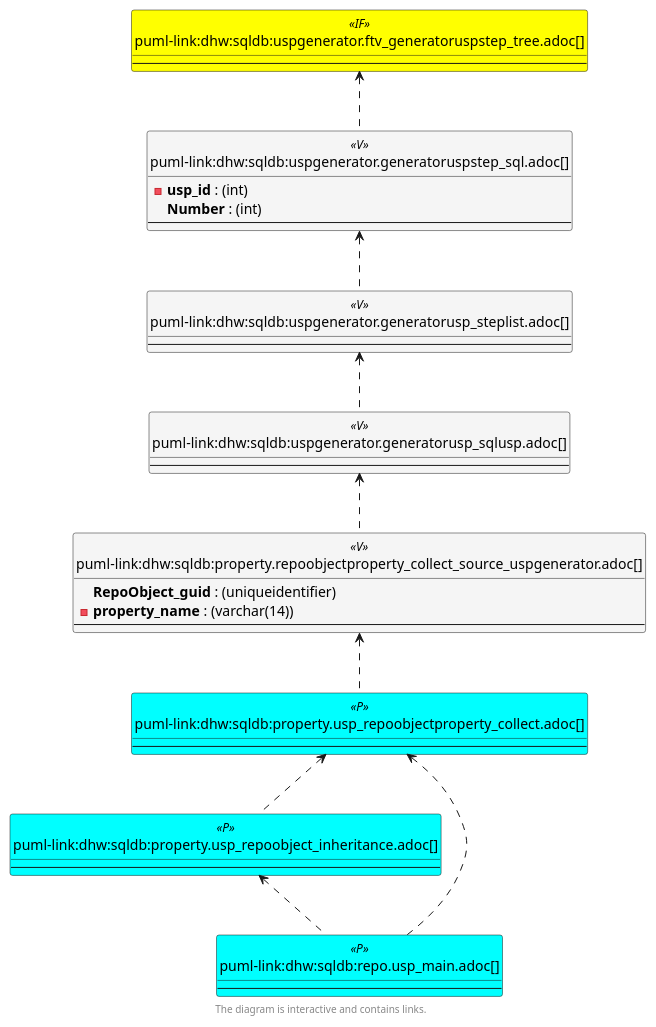
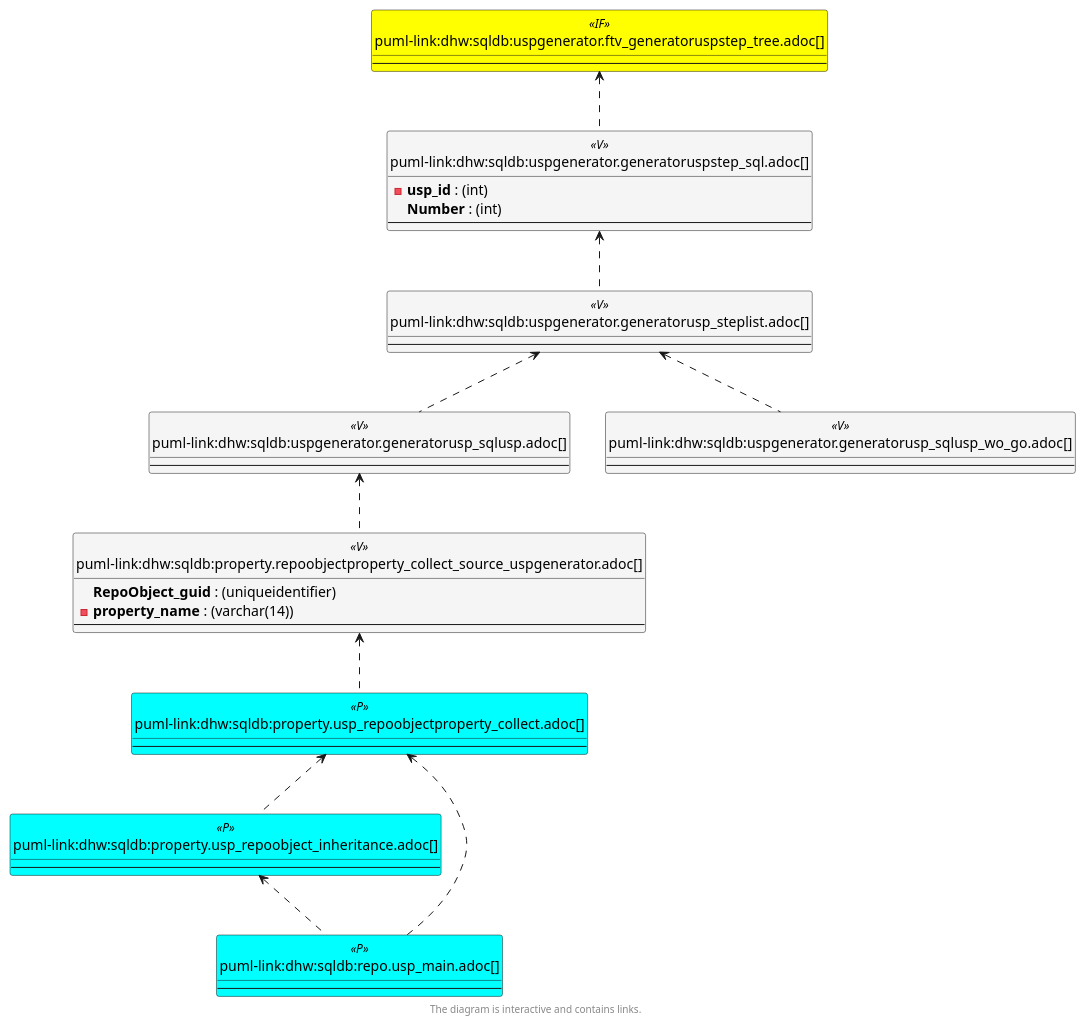
One commit to DataHandwerk/dhw-antora-sqldb changed the fifth of 6 diagrams in docs/modules/sqldb/partials/content/uspgenerator.ftv_generatoruspstep_tree.adoc. Above: the diagram before and after it, drawn with PlantUML. The commit also changed 701 other files, not shown here.

```diff
--- a/docs/modules/sqldb/partials/content/uspgenerator.ftv_generatoruspstep_tree.adoc
+++ b/docs/modules/sqldb/partials/content/uspgenerator.ftv_generatoruspstep_tree.adoc
@@ -951,6 +951,10 @@
   --
 }
 
+entity "puml-link:dhw:sqldb:uspgenerator.generatorusp_sqlusp_wo_go.adoc[]" as uspgenerator.GeneratorUsp_SqlUsp_wo_GO << V >> {
+  --
+}
+
 entity "puml-link:dhw:sqldb:uspgenerator.generatorusp_steplist.adoc[]" as uspgenerator.GeneratorUsp_StepList << V >> {
   --
 }
@@ -968,6 +972,7 @@
 uspgenerator.ftv_GeneratorUspStep_tree <.. uspgenerator.GeneratorUspStep_Sql
 uspgenerator.GeneratorUsp_SqlUsp <.. property.RepoObjectProperty_Collect_source_uspgenerator
 uspgenerator.GeneratorUsp_StepList <.. uspgenerator.GeneratorUsp_SqlUsp
+uspgenerator.GeneratorUsp_StepList <.. uspgenerator.GeneratorUsp_SqlUsp_wo_GO
 uspgenerator.GeneratorUspStep_Sql <.. uspgenerator.GeneratorUsp_StepList
 
 footer The diagram is interactive and contains links.
```
